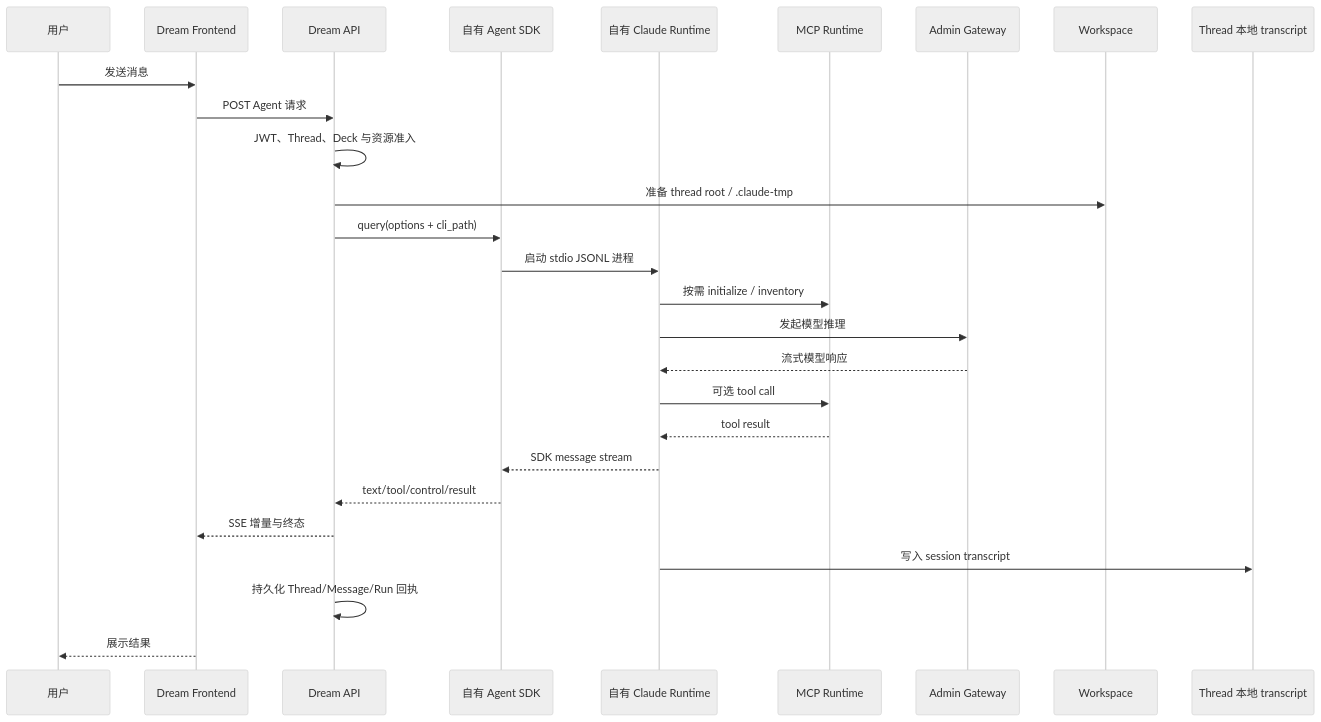
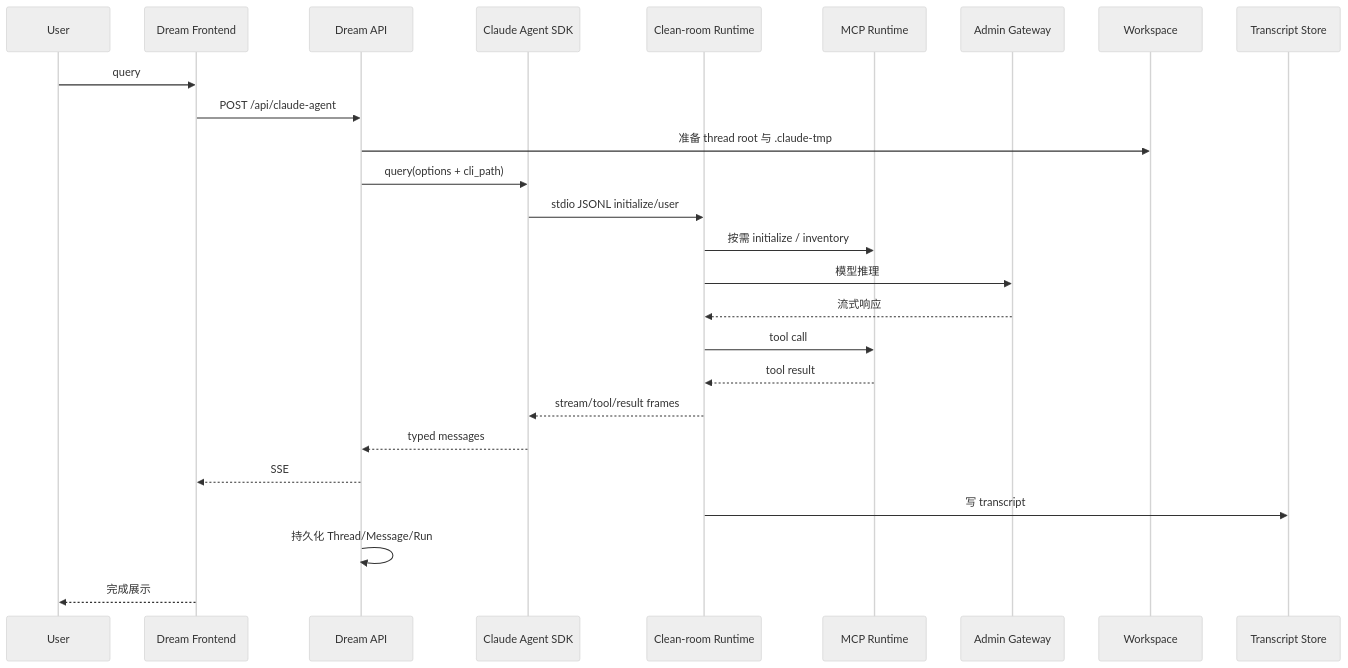
One commit to glide-the/im-dream changed the second of 4 diagrams in docs/architecture/项目架构设计说明.md. Above: the diagram before and after it, drawn with Mermaid (neutral theme). The commit also changed other lines of this file and 17 other files, not shown here.

Commit message:
feat: adopt published Claude SDK and Runtime

````diff
--- a/docs/architecture/项目架构设计说明.md
+++ b/docs/architecture/项目架构设计说明.md
@@ -246,30 +276,28 @@
 ```mermaid
 sequenceDiagram
-    participant User as 用户
+    participant U as User
     participant FE as Dream Frontend
     participant API as Dream API
-    participant SDK as 自有 Agent SDK
-    participant RT as 自有 Claude Runtime
+    participant SDK as Claude Agent SDK
+    participant RT as Clean-room Runtime
     participant MCP as MCP Runtime
     participant GW as Admin Gateway
     participant WS as Workspace
-    participant TS as Thread 本地 transcript
-
-    User->>FE: 发送消息
-    FE->>API: POST Agent 请求
-    API->>API: JWT、Thread、Deck 与资源准入
-    API->>WS: 准备 thread root / .claude-tmp
+    participant TS as Transcript Store
+    U->>FE: query
+    FE->>API: POST /api/claude-agent
+    API->>WS: 准备 thread root 与 .claude-tmp
     API->>SDK: query(options + cli_path)
-    SDK->>RT: 启动 stdio JSONL 进程
+    SDK->>RT: stdio JSONL initialize/user
     RT->>MCP: 按需 initialize / inventory
-    RT->>GW: 发起模型推理
-    GW-->>RT: 流式模型响应
-    RT->>MCP: 可选 tool call
+    RT->>GW: 模型推理
+    GW-->>RT: 流式响应
+    RT->>MCP: tool call
     MCP-->>RT: tool result
-    RT-->>SDK: SDK message stream
-    SDK-->>API: text/tool/control/result
-    API-->>FE: SSE 增量与终态
-    RT->>TS: 写入 session transcript
-    API->>API: 持久化 Thread/Message/Run 回执
-    FE-->>User: 展示结果
+    RT-->>SDK: stream/tool/result frames
+    SDK-->>API: typed messages
+    API-->>FE: SSE
+    RT->>TS: 写 transcript
+    API->>API: 持久化 Thread/Message/Run
+    FE-->>U: 完成展示
 ```
````
